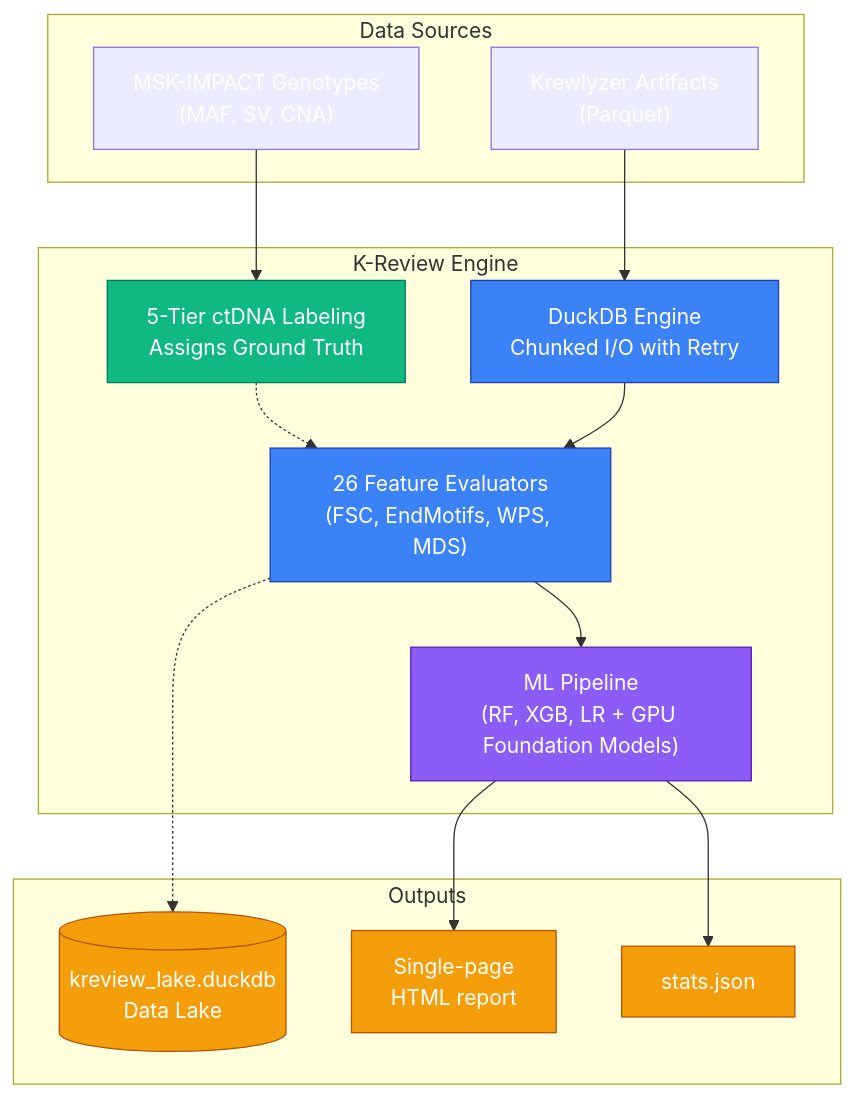
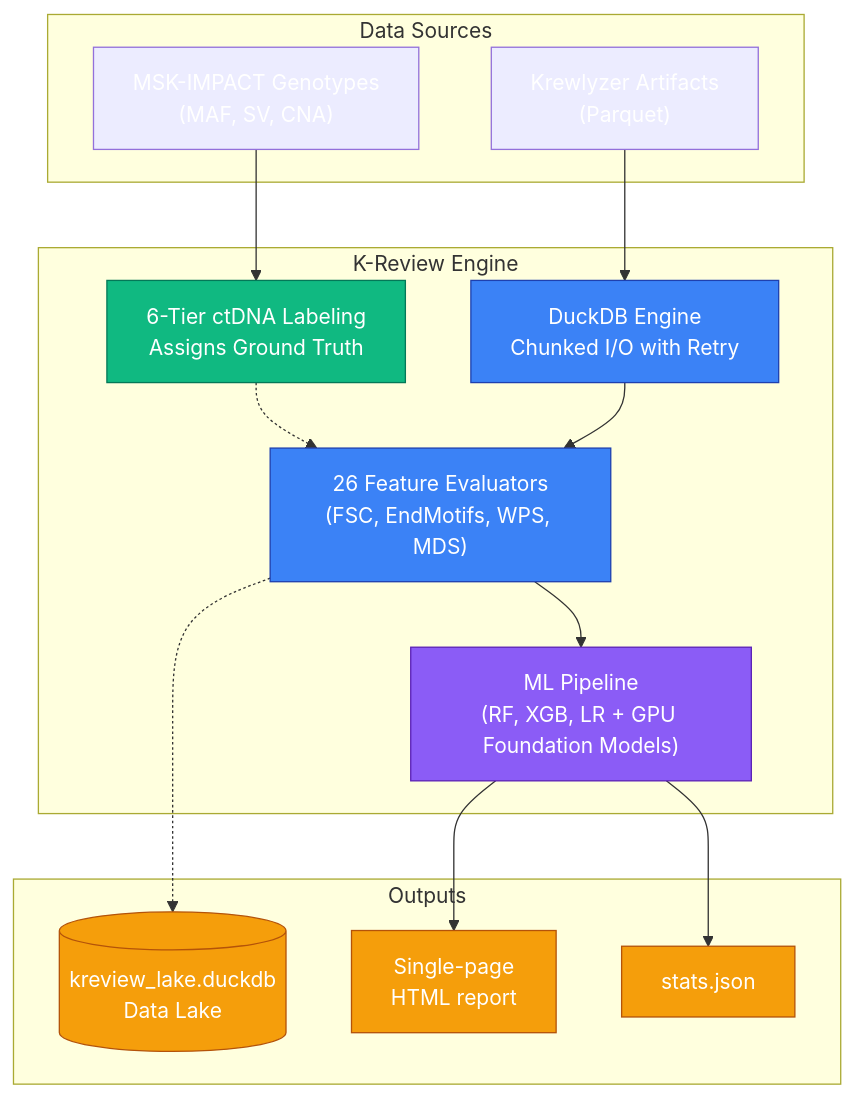
The first of 2 diagrams in docs/index.md (msk-access/kreview), drawn with Mermaid before and after one commit. The commit also changed other lines of this file and 13 other files, not shown here.

````diff
--- a/docs/index.md
+++ b/docs/index.md
@@ -18,36 +18,36 @@
 ```mermaid
 flowchart TD
     %% Define Styles
     classDef extract fill:#3b82f6,stroke:#1e40af,color:#fff;
     classDef label fill:#10b981,stroke:#047857,color:#fff;
     classDef ml fill:#8b5cf6,stroke:#5b21b6,color:#fff;
     classDef persist fill:#f59e0b,stroke:#b45309,color:#fff;
     
     subgraph Data Sources
         cBioPortal["MSK-IMPACT Genotypes\n(MAF, SV, CNA)"] 
         Krewlyzer["Krewlyzer Artifacts\n(Parquet)"]
     end
     
     subgraph K-Review Engine
         A["DuckDB Engine\nChunked I/O with Retry"]:::extract
-        B["5-Tier ctDNA Labeling\nAssigns Ground Truth"]:::label
+        B["6-Tier ctDNA Labeling\nAssigns Ground Truth"]:::label
         C["26 Feature Evaluators\n(FSC, EndMotifs, WPS, MDS)"]:::extract
         D["ML Pipeline\n(RF, XGB, LR + GPU Foundation Models)"]:::ml
     end
     
     subgraph Outputs
         DB[("kreview_lake.duckdb\nData Lake")]:::persist
         Dash["Single-page\nHTML report"]:::persist
         Stats["stats.json"]:::persist
     end
 
     cBioPortal --> B
     Krewlyzer --> A
     B -.-> C
     A --> C
     C --> D
     
     D --> Dash
     D --> Stats
     C -.-> DB
 ```
````
